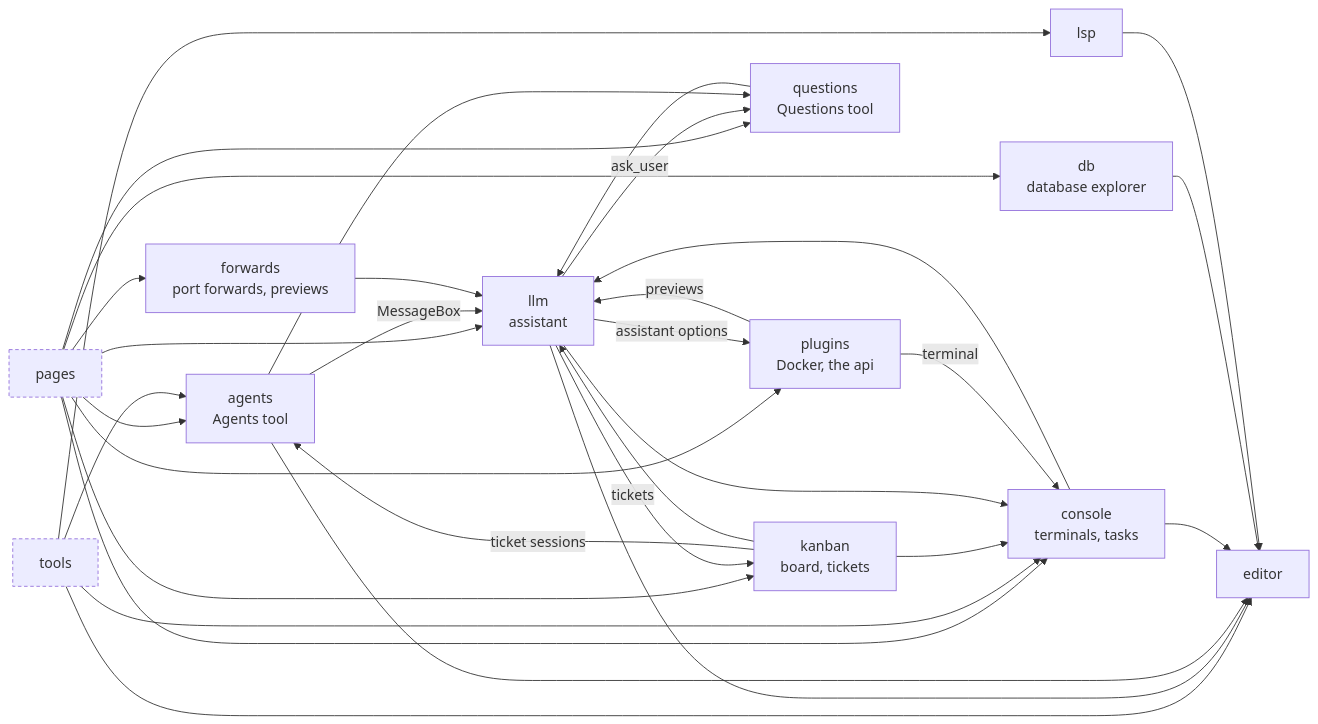
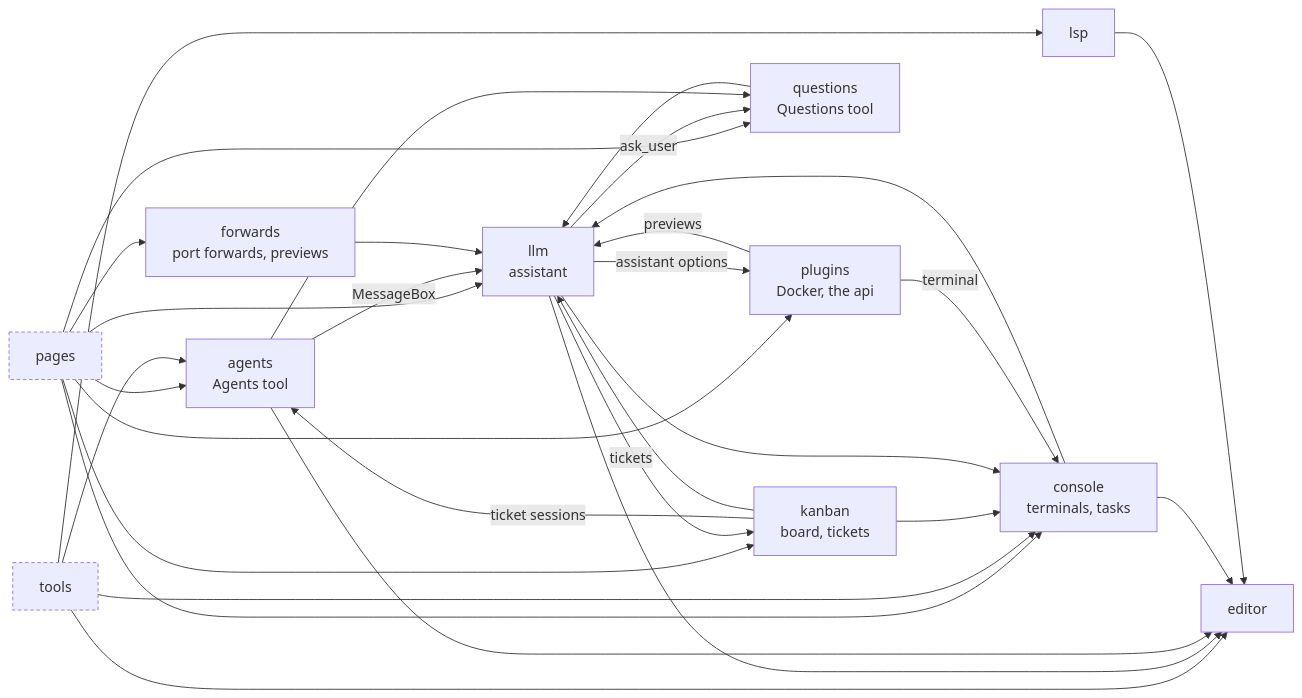
One commit to DrSmithFr/web-ide changed the second of 2 diagrams in web/src/README.md. Above: the diagram before and after it, drawn with Mermaid. The commit also changed other lines of this file and 34 other files, not shown here.

First line of the commit message:
#115 Plugins: the Database explorer as a built-in plugin

````diff
--- a/web/src/README.md
+++ b/web/src/README.md
@@ -43,48 +43,45 @@
 ```mermaid
 flowchart LR
   pages["pages"]
   tools["tools"]
   kanban["kanban<br/>board, tickets"]
   llm["llm<br/>assistant"]
   agents["agents<br/>Agents tool"]
   questions["questions<br/>Questions tool"]
   plugins["plugins<br/>Docker, the api"]
   forwards["forwards<br/>port forwards, previews"]
   console["console<br/>terminals, tasks"]
-  db["db<br/>database explorer"]
   editor["editor"]
   lsp["lsp"]
   pages --> agents
   pages --> console
-  pages --> db
   pages --> forwards
   pages --> plugins
   pages --> kanban
   pages --> llm
   pages --> questions
   tools --> agents
   tools --> console
   tools --> editor
   tools --> lsp
   kanban -->|"ticket sessions"| agents
   kanban --> console
   kanban --> llm
   llm --> console
   llm -->|"assistant options"| plugins
   llm --> editor
   llm -->|"tickets"| kanban
   llm -->|"ask_user"| questions
   agents --> editor
   agents -->|"MessageBox"| llm
   agents --> questions
   questions --> llm
   plugins -->|"terminal"| console
   plugins -->|"previews"| llm
   forwards --> llm
   console --> editor
   console --> llm
-  db --> editor
   lsp --> editor
   classDef other stroke-dasharray: 4 3
   class pages,tools other
 ```
````
